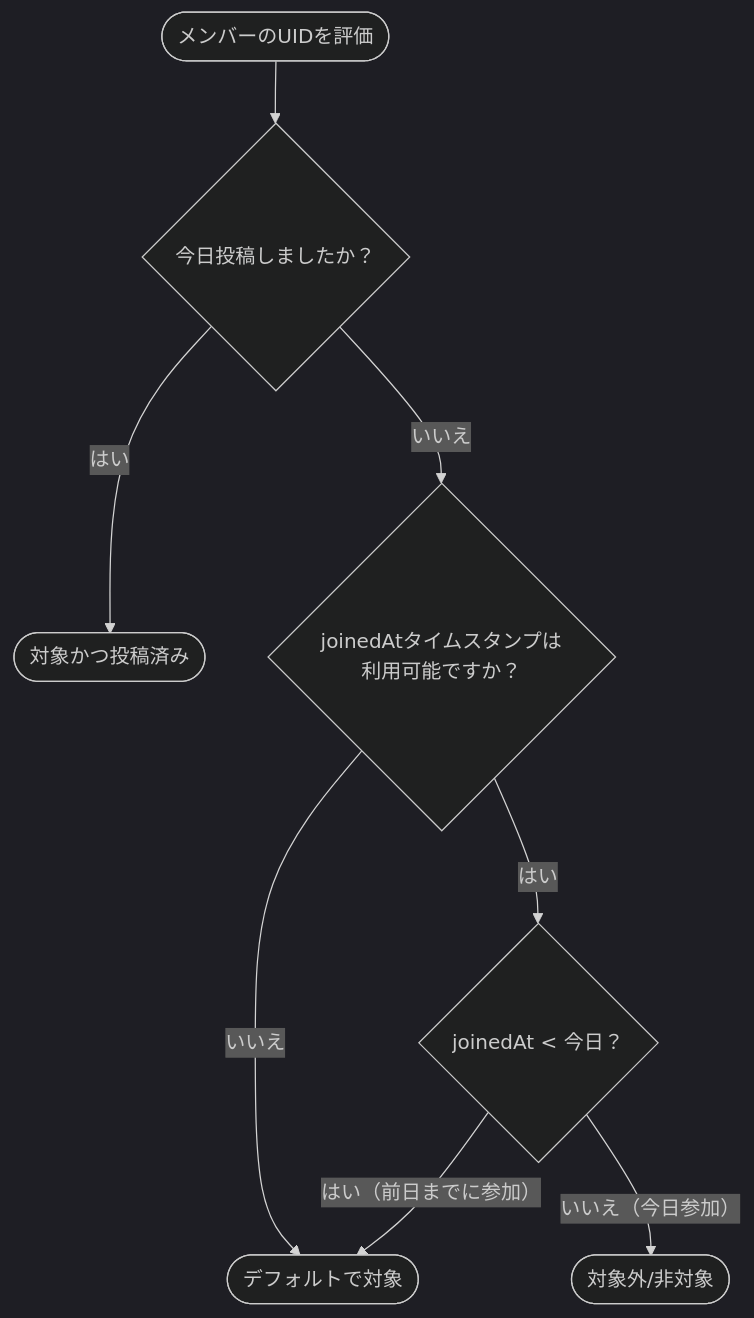
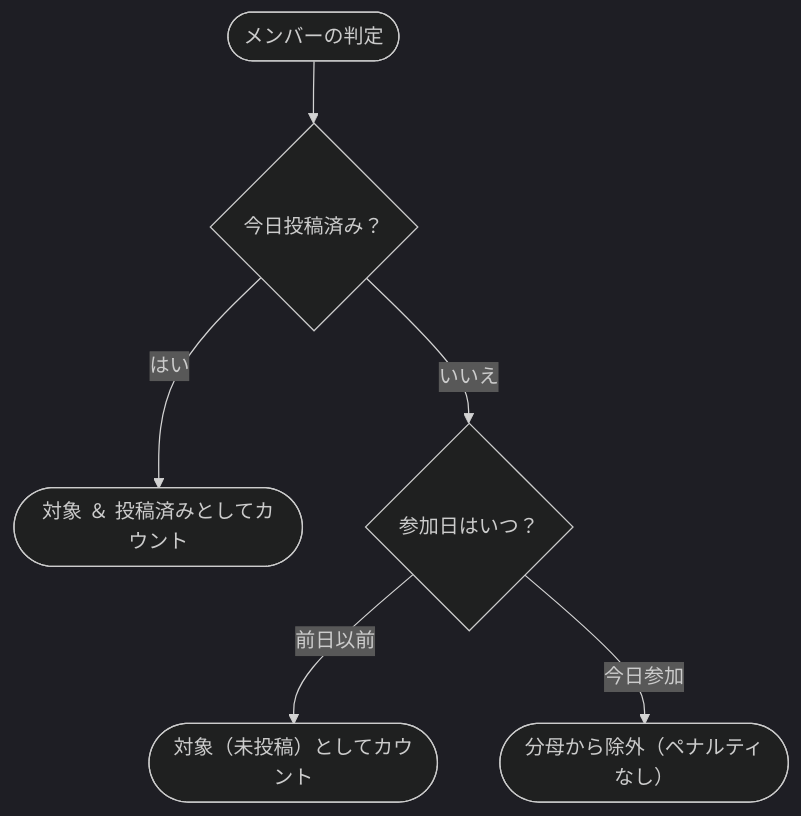
The second of 2 diagrams in docs/ja/unity-participation.md (ScriptureHabit/scripture-habit), drawn with Mermaid (dark theme) before and after one commit. The commit also changed other lines of this file and 19 other files, not shown here.

````diff
--- a/docs/ja/unity-participation.md
+++ b/docs/ja/unity-participation.md
@@ -59,12 +42,8 @@
 ```mermaid
 flowchart TD
-    Start([メンバーのUIDを評価]) --> IsPoster{今日投稿しましたか？}
-    IsPoster -- はい --> Eligible([対象かつ投稿済み])
-    
-    IsPoster -- いいえ --> HasJoinedTs{joinedAtタイムスタンプは利用可能ですか？}
-    HasJoinedTs -- いいえ --> DefaultEligible([デフォルトで対象])
-    
-    HasJoinedTs -- はい --> CompareDates{joinedAt < 今日？}
-    CompareDates -- はい（前日までに参加） --> DefaultEligible
-    CompareDates -- いいえ（今日参加） --> Ineligible([対象外/非対象])
+    Start([メンバーの判定]) --> IsPoster{今日投稿済み？}
+    IsPoster -- はい --> Counted([対象 ＆ 投稿済みとしてカウント])
+    IsPoster -- いいえ --> JoinedDate{参加日はいつ？}
+    JoinedDate -- 前日以前 --> CountedEligible([対象（未投稿）としてカウント])
+    JoinedDate -- 今日参加 --> Excluded([分母から除外（ペナルティなし）])
 ```
````
